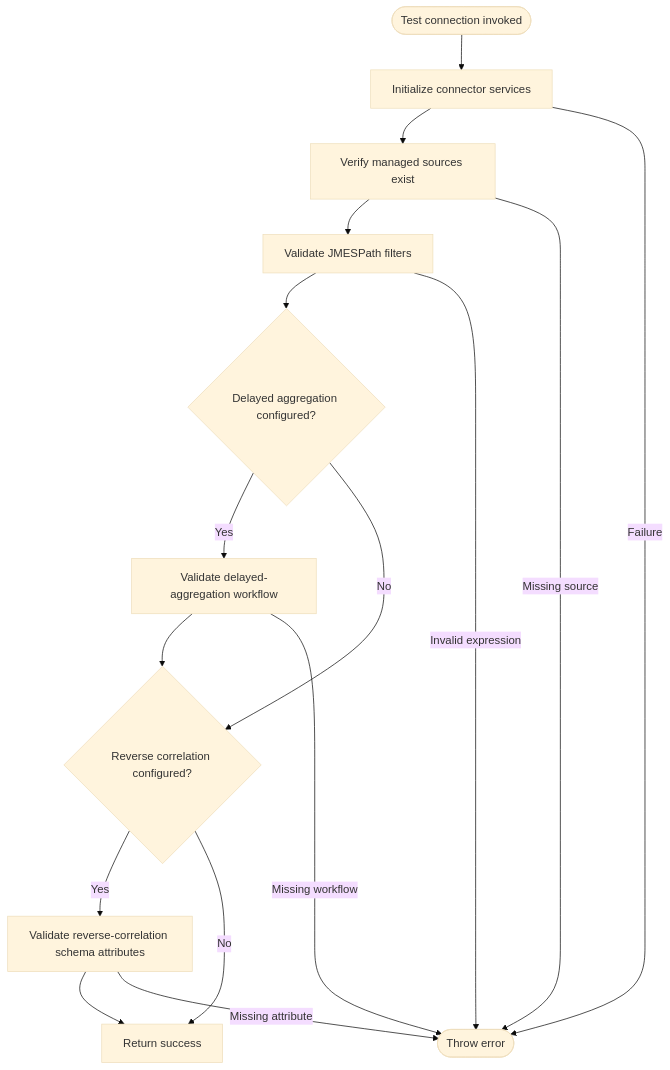
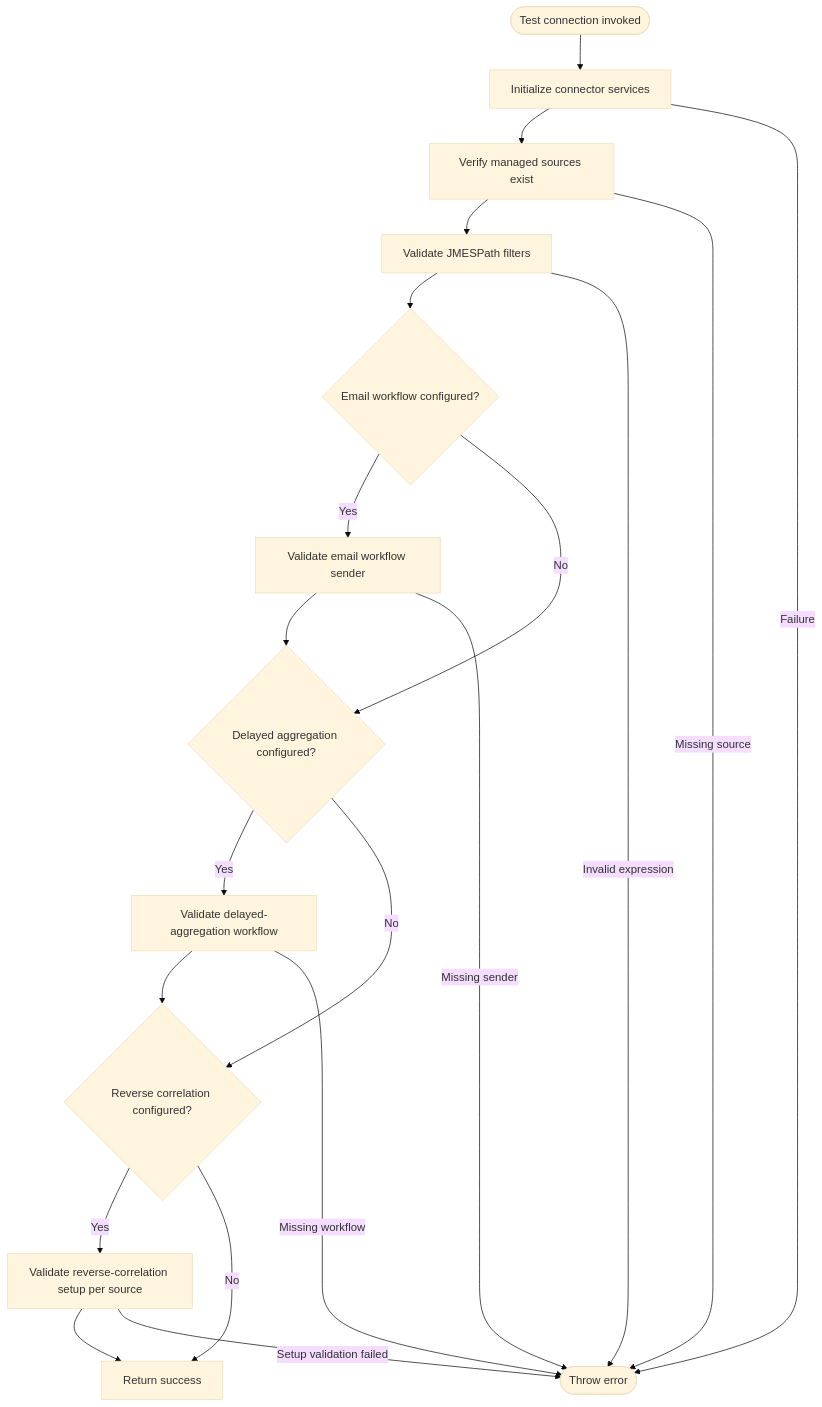
Before and after one commit to fernando-delosrios-sp/colab-saas-conn-sailpoint-identity-fusion: the diagram in docs/operations/test-connection.md, drawn with Mermaid (base theme). The commit also changed other lines of this file and 5 other files, not shown here.

````diff
--- a/docs/operations/test-connection.md
+++ b/docs/operations/test-connection.md
@@ -9,18 +9,22 @@
 ```mermaid
 flowchart TD
     Start([Test connection invoked]) --> Init[Initialize connector services]
     Init --> Sources[Verify managed sources exist]
     Sources --> JMES[Validate JMESPath filters]
-    JMES --> Delay{Delayed aggregation configured?}
+    JMES --> Email{Email workflow configured?}
+    Email -- Yes --> EmailWF[Validate email workflow sender]
+    Email -- No --> Delay{Delayed aggregation configured?}
+    EmailWF --> Delay
     Delay -- Yes --> WF[Validate delayed-aggregation workflow]
     Delay -- No --> Rev{Reverse correlation configured?}
     WF --> Rev
-    Rev -- Yes --> Schema[Validate reverse-correlation schema attributes]
+    Rev -- Yes --> Schema[Validate reverse-correlation setup per source]
     Rev -- No --> OK[Return success]
     Schema --> OK
     Init -- Failure --> Err([Throw error])
     Sources -- Missing source --> Err
     JMES -- Invalid expression --> Err
+    EmailWF -- Missing sender --> Err
     WF -- Missing workflow --> Err
-    Schema -- Missing attribute --> Err
+    Schema -- Setup validation failed --> Err
 ```
````
